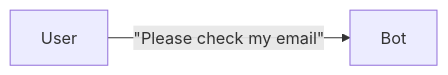
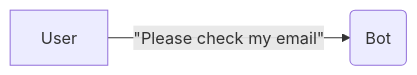
Before and after one commit to Zerryth/Mermaid: the first of 4 diagrams in MarkdownFiles/Authentication/AuthenticationDocExampleSeqDiagram.md, drawn with Mermaid. The commit also changed 42 other files, not shown here.

````diff
--- a/MarkdownFiles/Authentication/AuthenticationDocExampleSeqDiagram.md
+++ b/MarkdownFiles/Authentication/AuthenticationDocExampleSeqDiagram.md
@@ -7,6 +7,6 @@
 ```mermaid
 graph LR
 
-User -- "#quot;Please check my email#quot;" --> Bot
+User -- "#quot;Please check my email#quot;" --> Bot(Bot)
 
 ```
````
